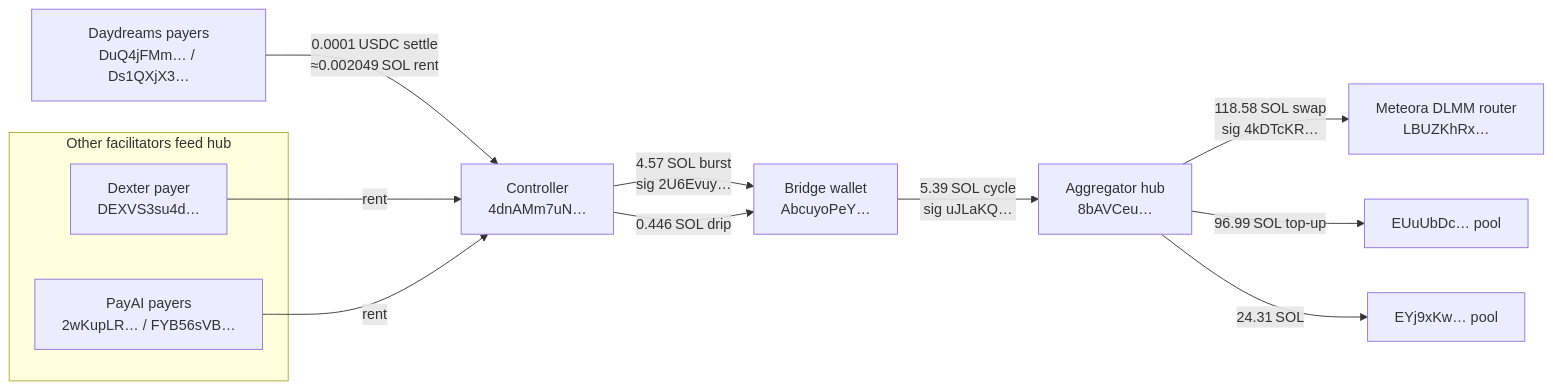
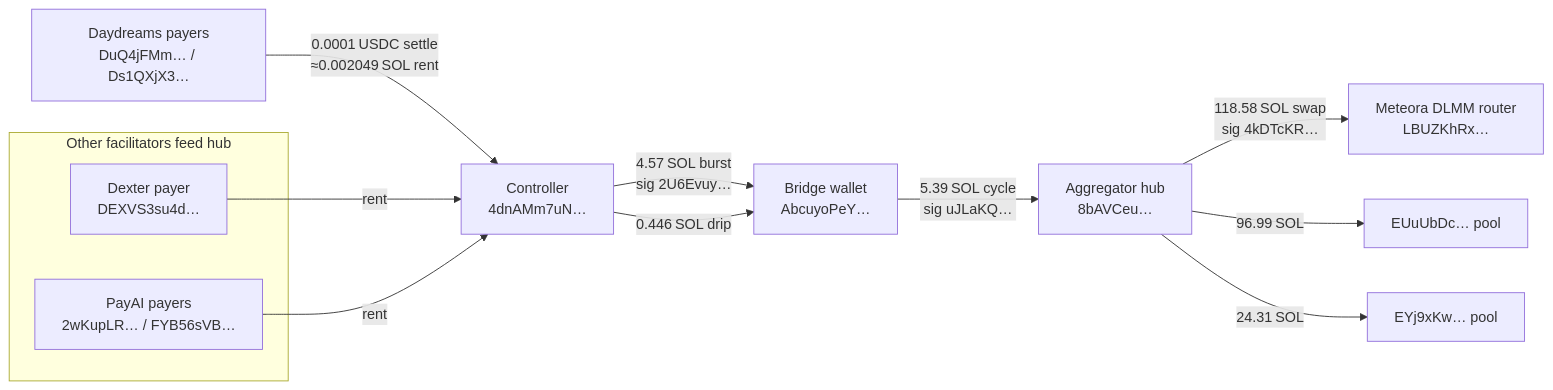
One commit to BranchManager69/dexter-mcp changed the diagram in docs/investigation/rent-farm-daydreams.md. Above: the diagram before and after it, drawn with Mermaid. The commit also changed 2 other files, not shown here.

Commit message:
docs: update investigation documentation for x402 rent farming, correcting minor formatting issues and enhancing clarity in data presentation

````diff
--- a/docs/investigation/rent-farm-daydreams.md
+++ b/docs/investigation/rent-farm-daydreams.md
@@ -38,16 +38,16 @@
 ```mermaid
 flowchart LR
     DAY[Daydreams payers<br/>DuQ4jFMm… / Ds1QXjX3…] -- "0.0001 USDC settle\n≈0.002049 SOL rent" --> CTRL[Controller<br/>4dnAMm7uN…]
     CTRL -- "4.57 SOL burst\nsig 2U6Evuy…" --> BRIDGE[Bridge wallet<br/>AbcuyoPeY…]
     CTRL -- "0.446 SOL drip" --> BRIDGE
     BRIDGE -- "5.39 SOL cycle\nsig uJLaKQ…" --> HUB[Aggregator hub<br/>8bAVCeu…]
     HUB -- "118.58 SOL swap\nsig 4kDTcKR…" --> DLMM[Meteora DLMM router<br/>LBUZKhRx…]
-    HUB -- "96.99 SOL top-up" --> EUU[EUuUbDc… pool]
+    HUB -- "96.99 SOL" --> EUU[EUuUbDc… pool]
     HUB -- "24.31 SOL" --> EYJ[EYj9xKw… pool]
     subgraph Other facilitators feed hub
         DEX[Dexter payer<br/>DEXVS3su4d…]
         PAY[PayAI payers<br/>2wKupLR… / FYB56sVB…]
     end
     DEX -- rent --> CTRL
     PAY -- rent --> CTRL
 ```
````
